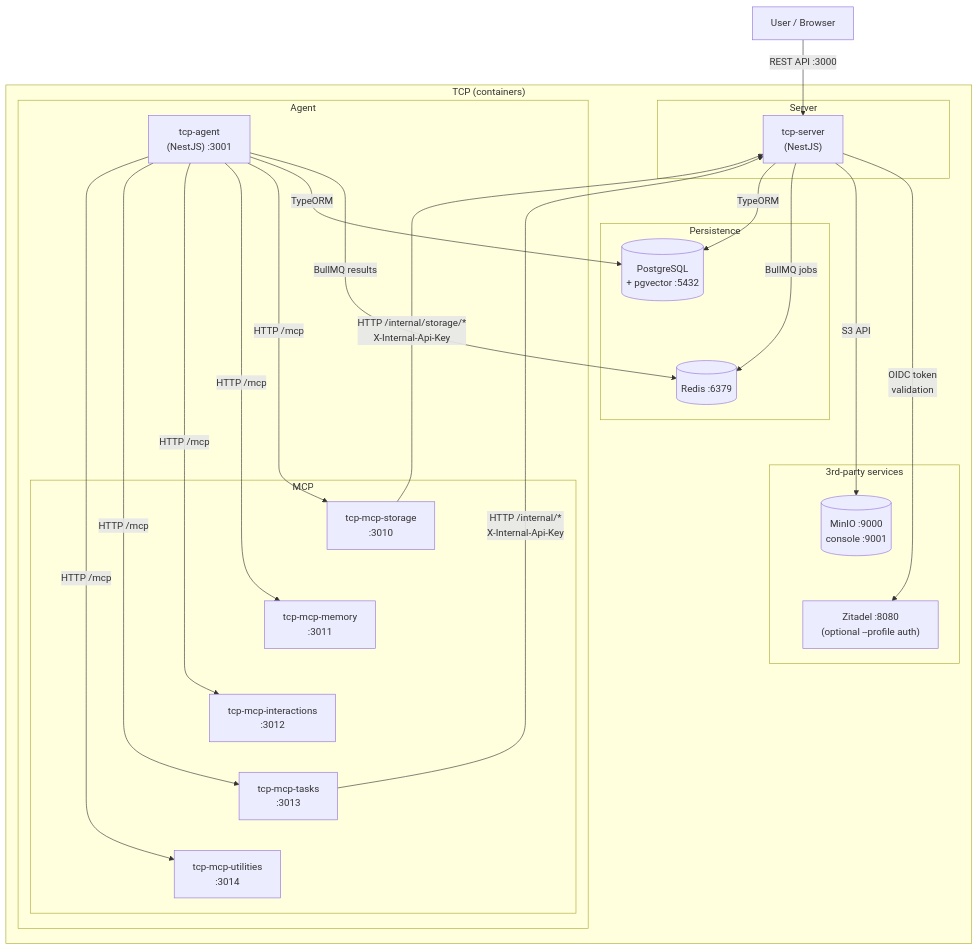
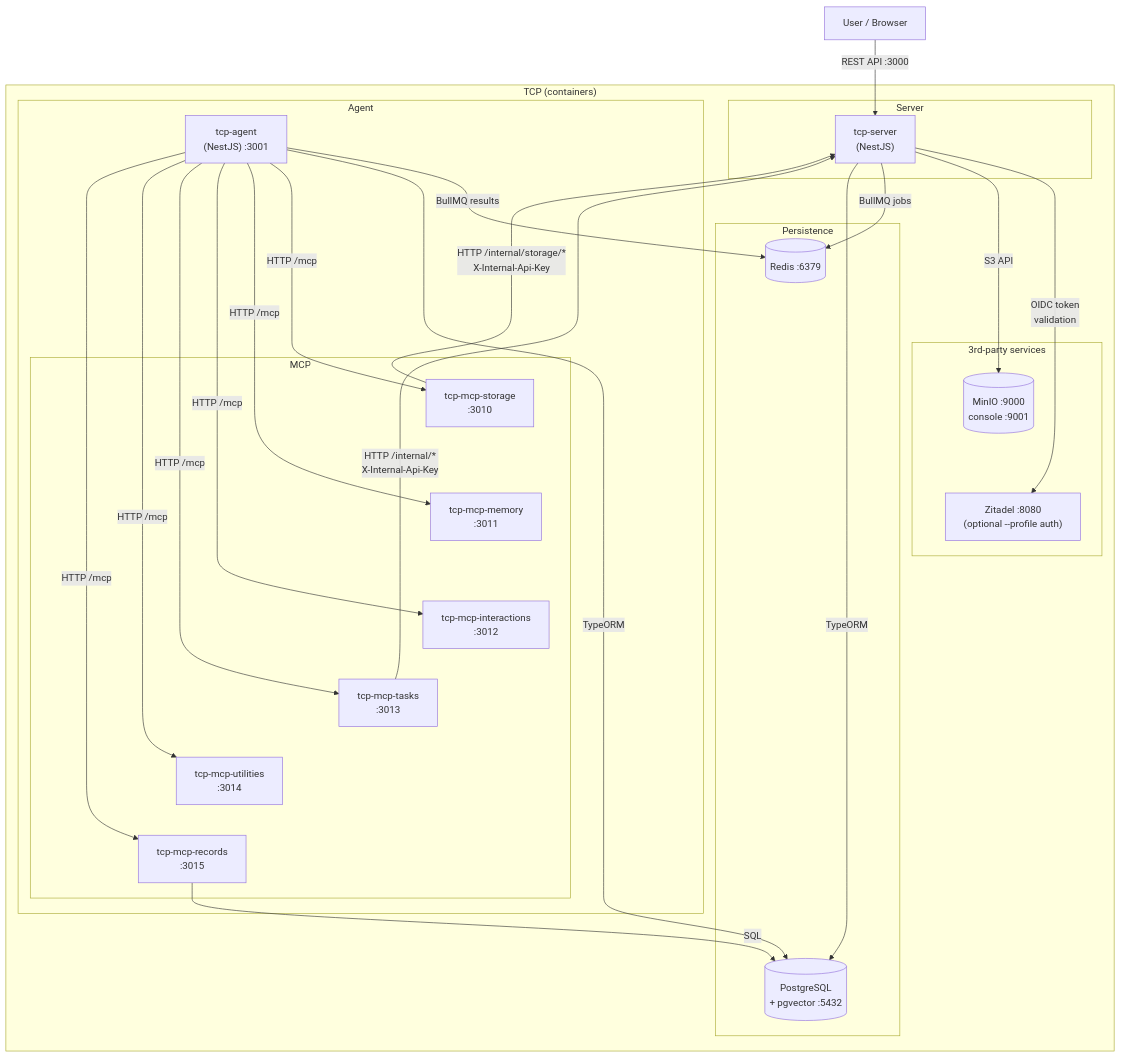
One commit to instantiator/tcp-server changed the second of 4 diagrams in docs/development.md. Above: the diagram before and after it, drawn with Mermaid. The commit also changed other lines of this file and 26 other files, not shown here.

First line of the commit message:
Document the records MCP server and trim tool schemas for small models

````diff
--- a/docs/development.md
+++ b/docs/development.md
@@ -103,54 +103,57 @@
 ```mermaid
 flowchart TD
   User["User / Browser"]
   TcpServer["tcp-server\n(NestJS)"]
   TcpAgent["tcp-agent\n(NestJS) :3001"]
   Redis[(Redis :6379)]
   Zitadel["Zitadel :8080\n(optional --profile auth)"]
   Postgres[(PostgreSQL\n+ pgvector :5432)]
   MinIO[(MinIO :9000\nconsole :9001)]
   McpStorage["tcp-mcp-storage\n:3010"]
   McpMemory["tcp-mcp-memory\n:3011"]
   McpInteract["tcp-mcp-interactions\n:3012"]
   McpTasks["tcp-mcp-tasks\n:3013"]
   McpUtilities["tcp-mcp-utilities\n:3014"]
+  McpRecords["tcp-mcp-records\n:3015"]
 
   subgraph TCP["TCP (containers)"]
       Server ~~~ Dbs ~~~ Agent ~~~ ThirdParty
   end
 
   subgraph Server["Server"]
       TcpServer
   end
 
   subgraph Dbs["Persistence"]
       Postgres ~~~ Redis
   end
 
 
   subgraph Agent["Agent"]
       TcpAgent
       subgraph MCP
-        McpStorage ~~~ McpMemory ~~~ McpInteract ~~~ McpTasks ~~~ McpUtilities
+        McpStorage ~~~ McpMemory ~~~ McpInteract ~~~ McpTasks ~~~ McpUtilities ~~~ McpRecords
       end
   end
 
   subgraph ThirdParty["3rd-party services"]
       MinIO ~~~ Zitadel
   end
 
   User -->|REST API :3000| TcpServer
   TcpServer -->|OIDC token\nvalidation| Zitadel
   TcpServer -->|S3 API| MinIO
   TcpServer -->|BullMQ jobs| Redis
   TcpAgent -->|BullMQ results| Redis
   TcpServer -->|TypeORM| Postgres
   TcpAgent -->|TypeORM| Postgres
   TcpAgent -->|HTTP /mcp| McpStorage
   TcpAgent -->|HTTP /mcp| McpMemory
   TcpAgent -->|HTTP /mcp| McpInteract
   TcpAgent -->|HTTP /mcp| McpTasks
   TcpAgent -->|HTTP /mcp| McpUtilities
+  TcpAgent -->|HTTP /mcp| McpRecords
+  McpRecords -->|SQL| Postgres
   McpStorage -->|HTTP /internal/storage/*\nX-Internal-Api-Key| TcpServer
   McpTasks -->|HTTP /internal/*\nX-Internal-Api-Key| TcpServer
 ```
````
